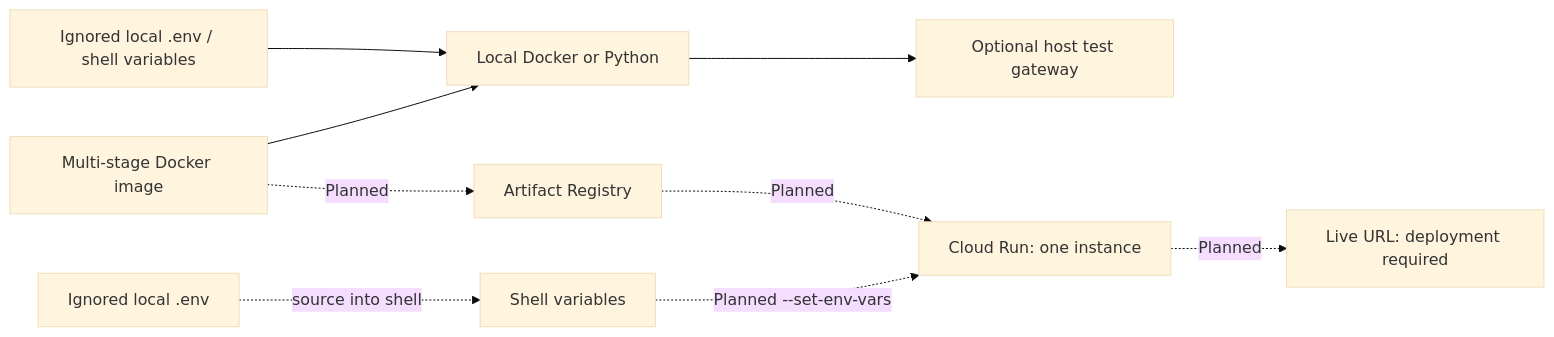
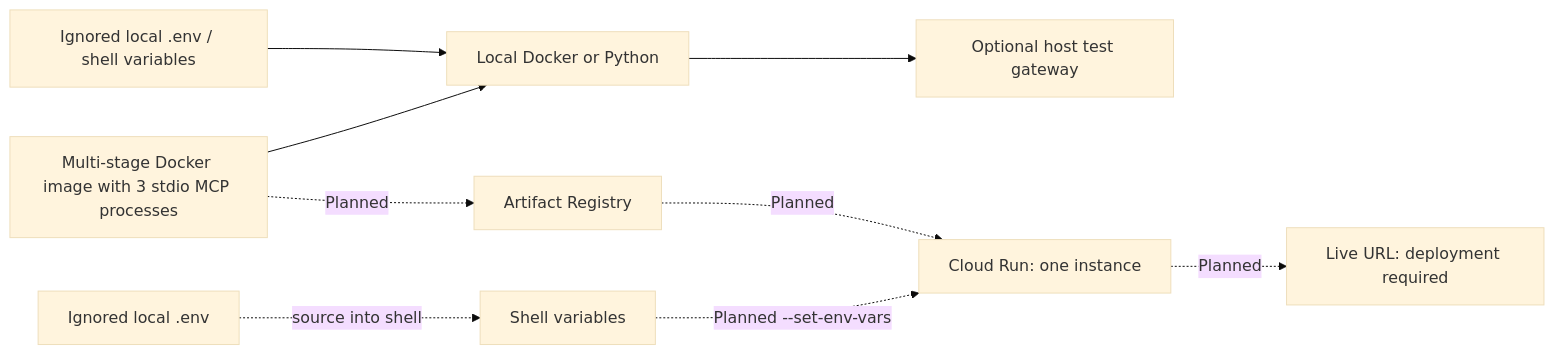
Before and after one commit to waderylan/prediction-market-agent: the third of 3 diagrams in README.md, drawn with Mermaid (base theme). The commit also changed other lines of this file and 20 other files, not shown here.

````diff
--- a/README.md
+++ b/README.md
@@ -237,11 +261,11 @@
 ```mermaid
 flowchart LR
     ENV[Ignored local .env / shell variables] --> LOCAL[Local Docker or Python]
-    IMG[Multi-stage Docker image] --> LOCAL
+    IMG[Multi-stage Docker image with 3 stdio MCP processes] --> LOCAL
     LOCAL --> DEV[Optional host test gateway]
     IMG -. Planned .-> AR[Artifact Registry]
     AR -. Planned .-> CR[Cloud Run: one instance]
     DOTENV[Ignored local .env] -. source into shell .-> SEC[Shell variables]
     SEC -. Planned --set-env-vars .-> CR
     CR -. Planned .-> URL[Live URL: deployment required]
 ```
````
